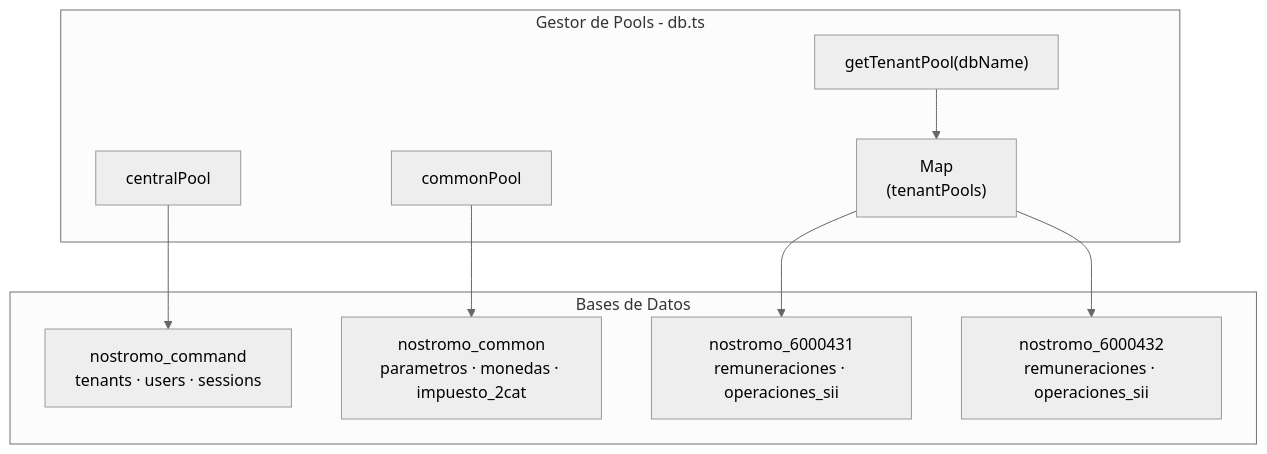
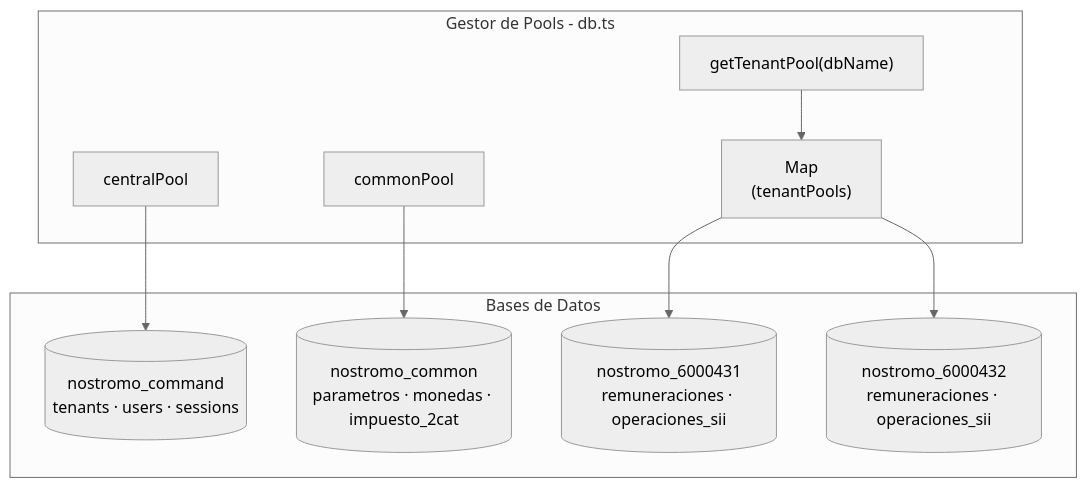
The third of 6 diagrams in src/content/docs/orchestrator/index.mdx (ChrisTkm/jean_d_arc), drawn with Mermaid (neutral theme) before and after one commit. The commit also changed other lines of this file, not shown here.

Commit message:
docs: Add comprehensive documentation for the Orchestrator backend, detailing its architecture, technologies, and multi-tenancy.

````diff
--- a/src/content/docs/orchestrator/index.mdx
+++ b/src/content/docs/orchestrator/index.mdx
@@ -157,20 +157,20 @@
 ```mermaid
 flowchart TB
   subgraph GP["Gestor de Pools - db.ts"]
     CP["centralPool"]
     CMP["commonPool"]
     GET["getTenantPool(dbName)"]
     MAP["Map<br/>(tenantPools)"]
     GET --> MAP
   end
   subgraph DB["Bases de Datos"]
-    CMD_DB["nostromo_command<br/>tenants · users · sessions"]
-    COM_DB["nostromo_common<br/>parametros · monedas · impuesto_2cat"]
-    T1_DB["nostromo_6000431<br/>remuneraciones · operaciones_sii"]
-    T2_DB["nostromo_6000432<br/>remuneraciones · operaciones_sii"]
+    CMD_DB[("nostromo_command<br/>tenants · users · sessions")]
+    COM_DB[("nostromo_common<br/>parametros · monedas · impuesto_2cat")]
+    T1_DB[("nostromo_6000431<br/>remuneraciones · operaciones_sii")]
+    T2_DB[("nostromo_6000432<br/>remuneraciones · operaciones_sii")]
   end
   CP --> CMD_DB
   CMP --> COM_DB
   MAP --> T1_DB
   MAP --> T2_DB
 ```
````
